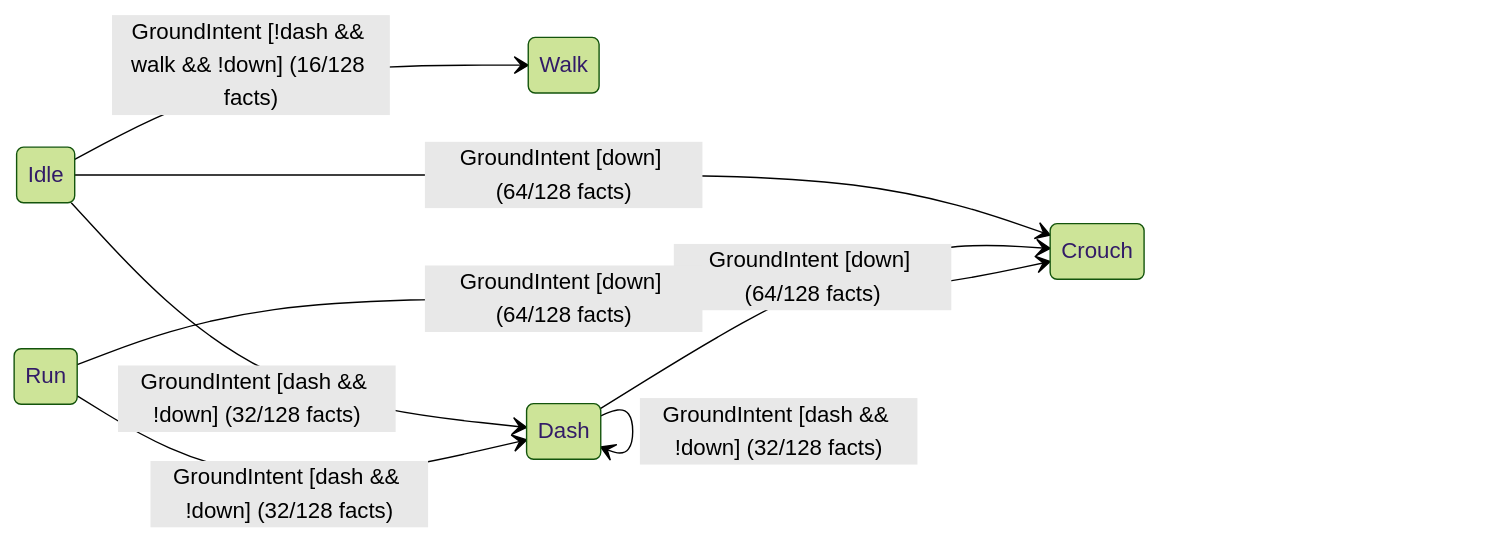
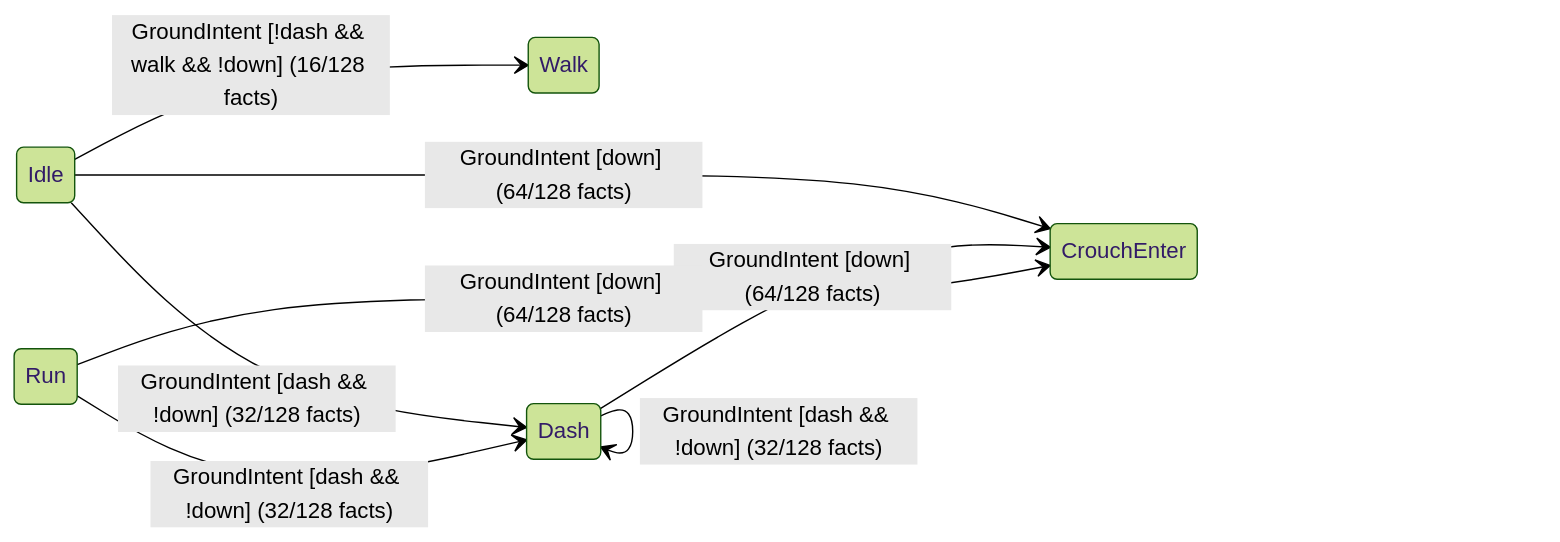
The second of 3 diagrams in games/crates/fighter/5_ground_chart.md (hafley66/hafley-rs), drawn with Mermaid (forest theme) before and after one commit. The commit also changed other lines of this file and 15 other files, not shown here.

````diff
--- a/games/crates/fighter/5_ground_chart.md
+++ b/games/crates/fighter/5_ground_chart.md
@@ -38,11 +40,11 @@
 ```mermaid
 stateDiagram-v2
 direction LR
     Idle --> Walk: GroundIntent [!dash && walk && !down] (16/128 facts)
     Idle --> Dash: GroundIntent [dash && !down] (32/128 facts)
-    Idle --> Crouch: GroundIntent [down] (64/128 facts)
+    Idle --> CrouchEnter: GroundIntent [down] (64/128 facts)
     Dash --> Dash: GroundIntent [dash && !down] (32/128 facts)
-    Dash --> Crouch: GroundIntent [down] (64/128 facts)
+    Dash --> CrouchEnter: GroundIntent [down] (64/128 facts)
     Run --> Dash: GroundIntent [dash && !down] (32/128 facts)
-    Run --> Crouch: GroundIntent [down] (64/128 facts)
+    Run --> CrouchEnter: GroundIntent [down] (64/128 facts)
 ```
````
